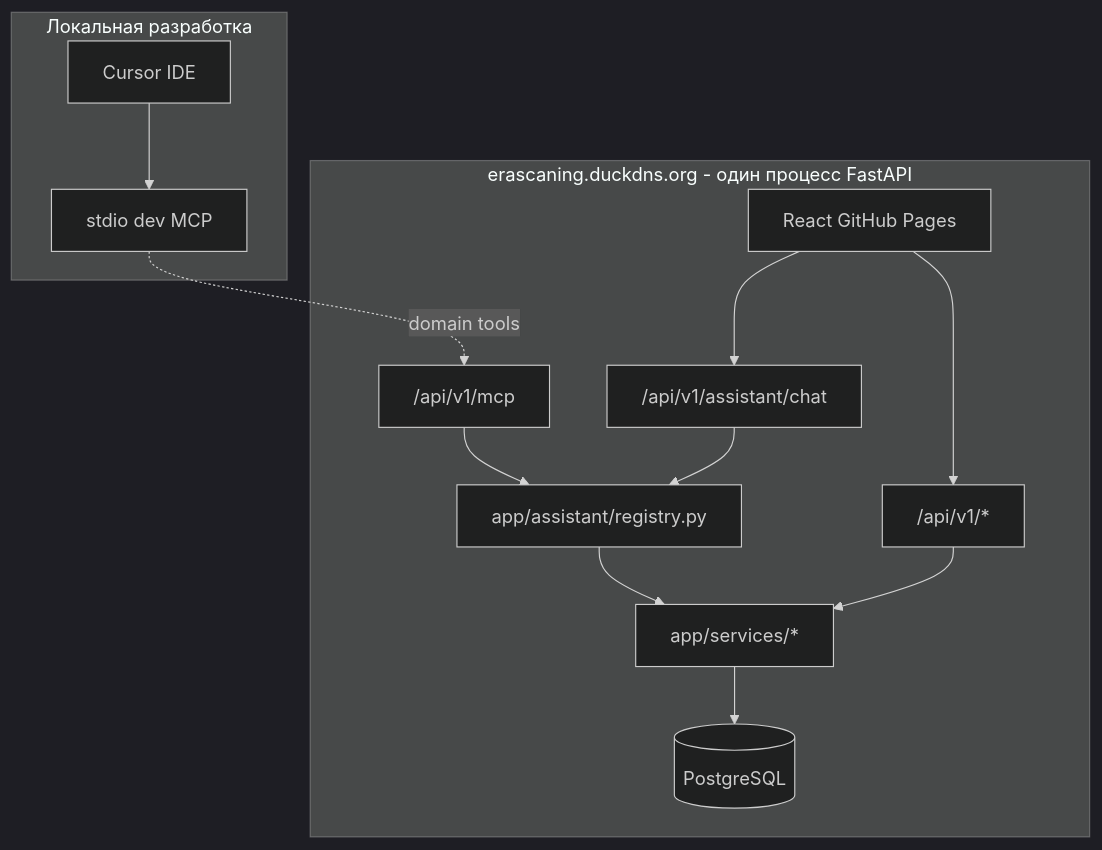
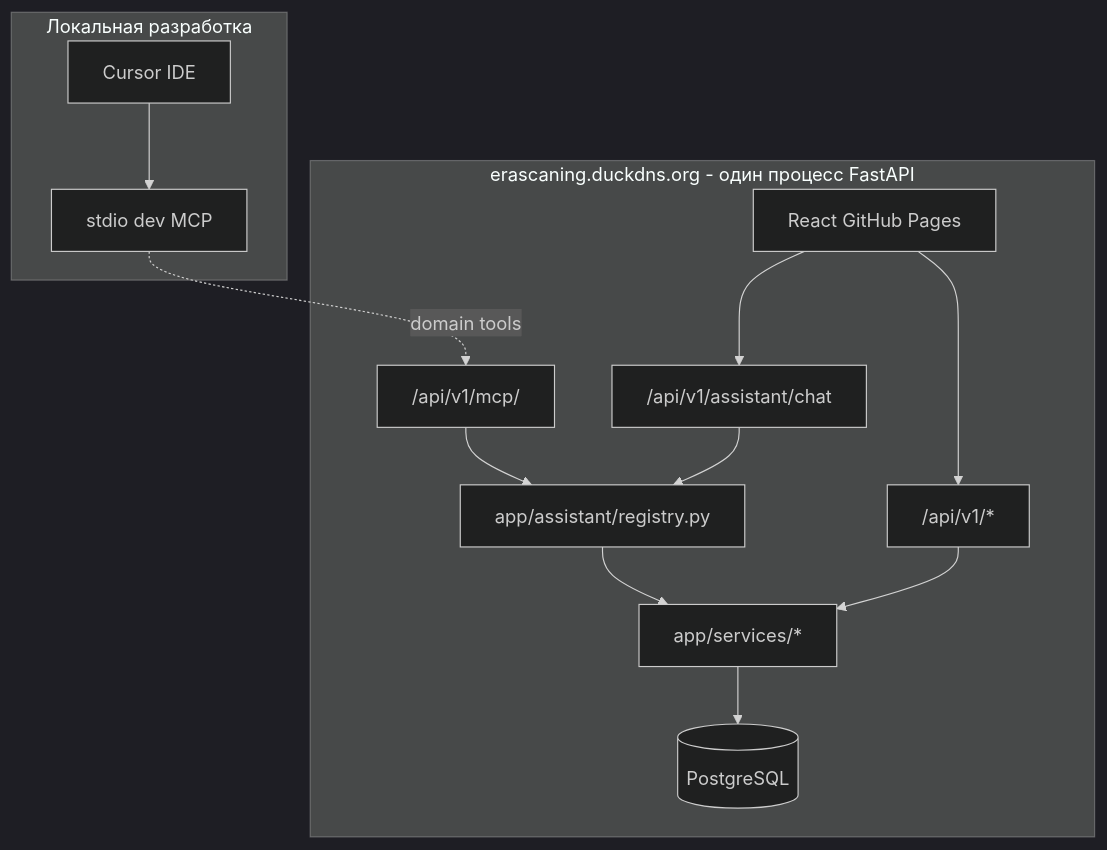
One commit to Mekcuka/Scaning changed the first of 4 diagrams in docs/architecture/assistant.md. Above: the diagram before and after it, drawn with Mermaid (dark theme). The commit also changed other lines of this file and 128 other files, not shown here.

````diff
--- a/docs/architecture/assistant.md
+++ b/docs/architecture/assistant.md
@@ -53,27 +53,27 @@
 ```mermaid
 flowchart TB
   subgraph prod [erascaning.duckdns.org - один процесс FastAPI]
     React["React GitHub Pages"]
     RestAPI["/api/v1/*"]
     ChatAPI["/api/v1/assistant/chat"]
-    McpHTTP["/api/v1/mcp"]
+    McpHTTP["/api/v1/mcp/"]
     Registry["app/assistant/registry.py"]
     Services["app/services/*"]
     DB[(PostgreSQL)]
   end
 
   subgraph dev [Локальная разработка]
     Cursor["Cursor IDE"]
     StdioMcp["stdio dev MCP"]
   end
 
   React --> RestAPI
   React --> ChatAPI
   ChatAPI --> Registry
   McpHTTP --> Registry
   Cursor --> StdioMcp
   StdioMcp -.->|"domain tools"| McpHTTP
   Registry --> Services
   Services --> DB
   RestAPI --> Services
 ```
````
